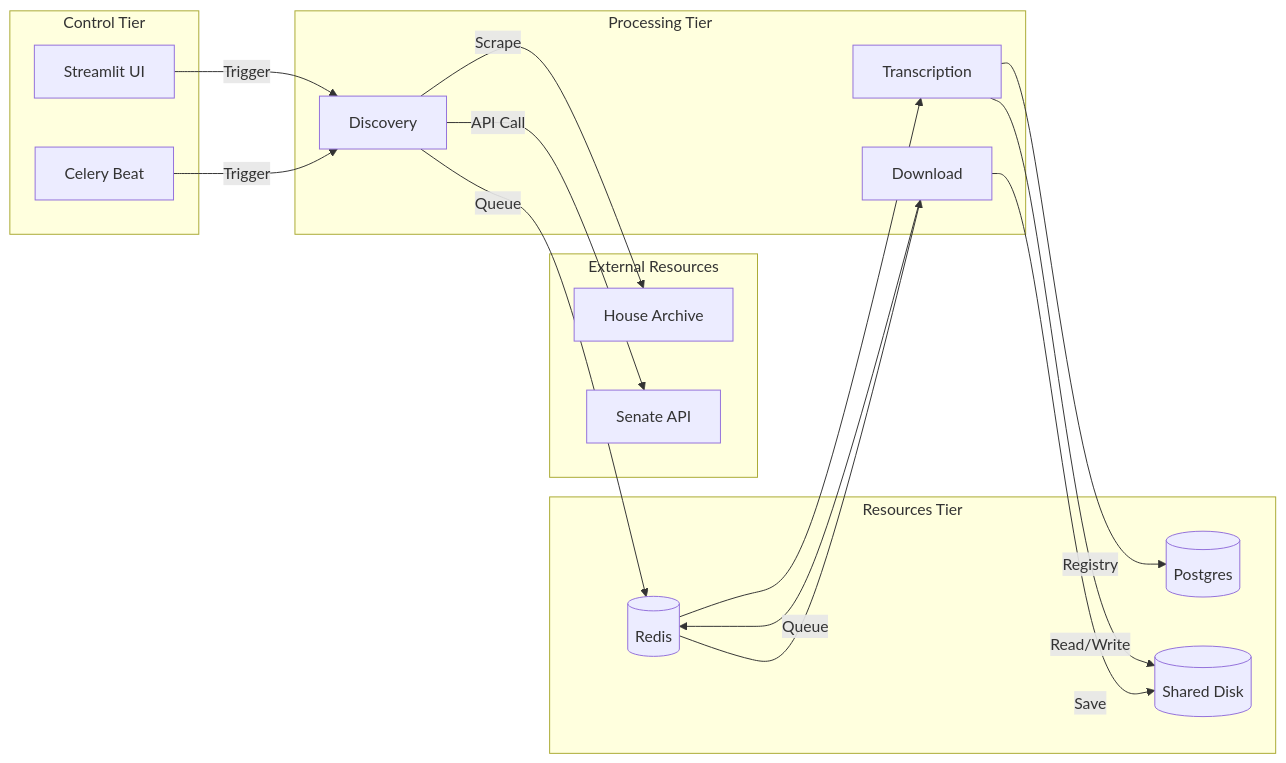
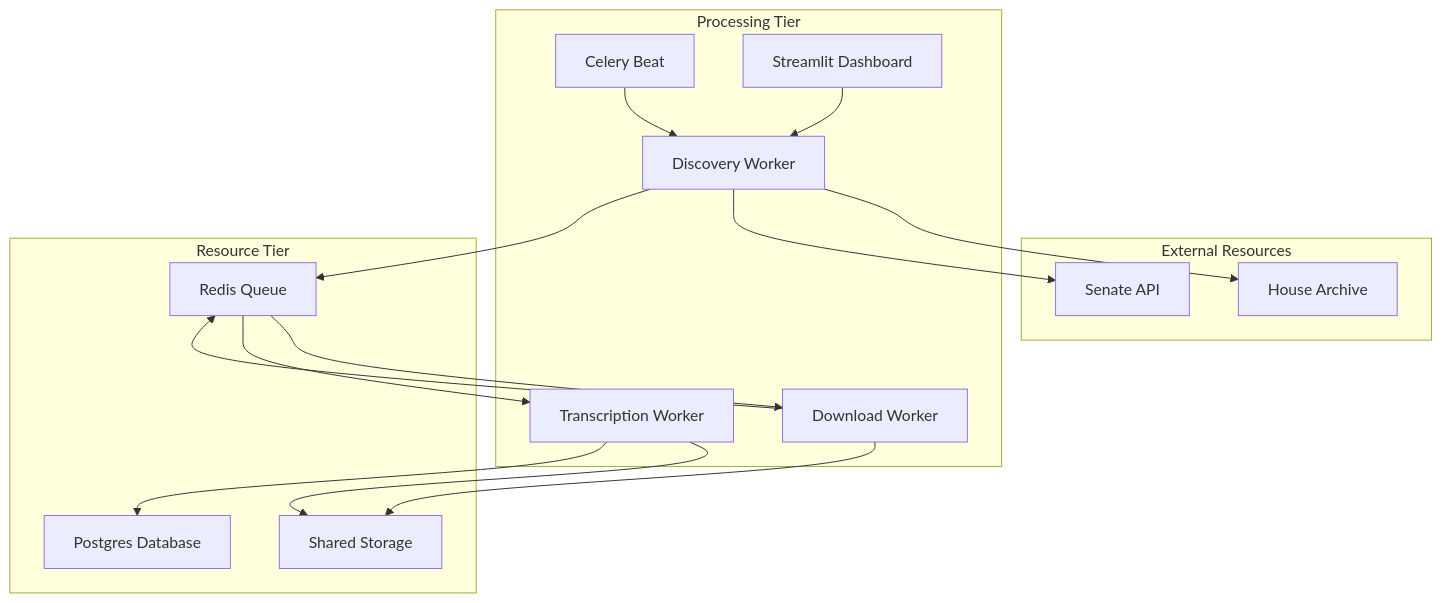
The diagram in README.md (Ltesfaye/StateAffairsInterview), drawn with Mermaid before and after one commit. The commit also changed other lines of this file, not shown here.

Commit message:
making readme graph even simpler to read

````diff
--- a/README.md
+++ b/README.md
@@ -9,40 +9,34 @@
 ```mermaid
-graph LR
-    subgraph Control [Control Tier]
-        Beat[Celery Beat]
-        Dash[Streamlit UI]
+graph TD
+    subgraph External [External Resources]
+        House[House Archive]
+        Senate[Senate API]
     end
 
     subgraph Workers [Processing Tier]
-        D[Discovery]
-        DL[Download]
-        T[Transcription]
+        Discovery[Discovery Worker]
+        Download[Download Worker]
+        Transcription[Transcription Worker]
+        Beat[Celery Beat]
+        UI[Streamlit Dashboard]
     end
 
-    subgraph External [External Resources]
-        H[House Archive]
-        S[Senate API]
+    subgraph Storage [Resource Tier]
+        Redis[Redis Queue]
+        Postgres[Postgres Database]
+        Disk[Shared Storage]
     end
 
-    subgraph Storage [Resources Tier]
-        Redis[(Redis)]
-        Postgres[(Postgres)]
-        Disk[(Shared Disk)]
-    end
-
-    %% Flow
-    Beat -->|"Trigger"| D
-    Dash -->|"Trigger"| D
-    
-    D -->|"Scrape"| H
-    D -->|"API Call"| S
-    D -->|"Queue"| Redis
-    
-    Redis --> DL
-    DL -->|"Save"| Disk
-    DL -->|"Queue"| Redis
-    
-    Redis --> T
-    T -->|"Read/Write"| Disk
-    T -->|"Registry"| Postgres
+    %% Interactions
+    Beat --> Discovery
+    UI --> Discovery
+    Discovery --> House
+    Discovery --> Senate
+    Discovery --> Redis
+    Redis --> Download
+    Download --> Disk
+    Download --> Redis
+    Redis --> Transcription
+    Transcription --> Disk
+    Transcription --> Postgres
 ```
````
